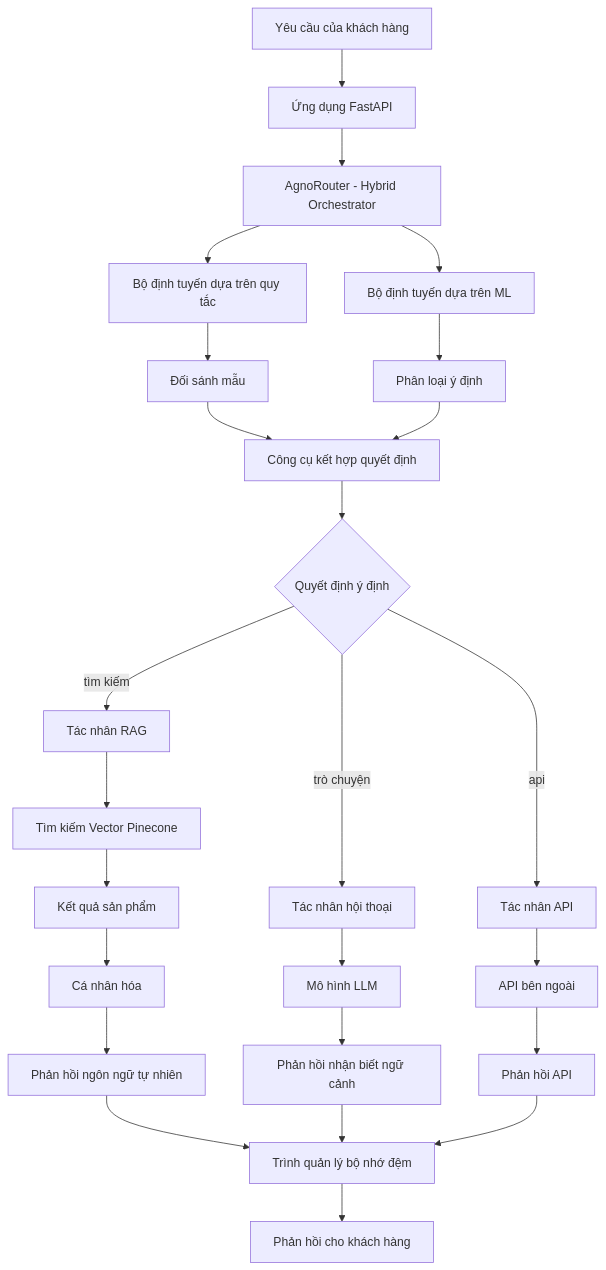
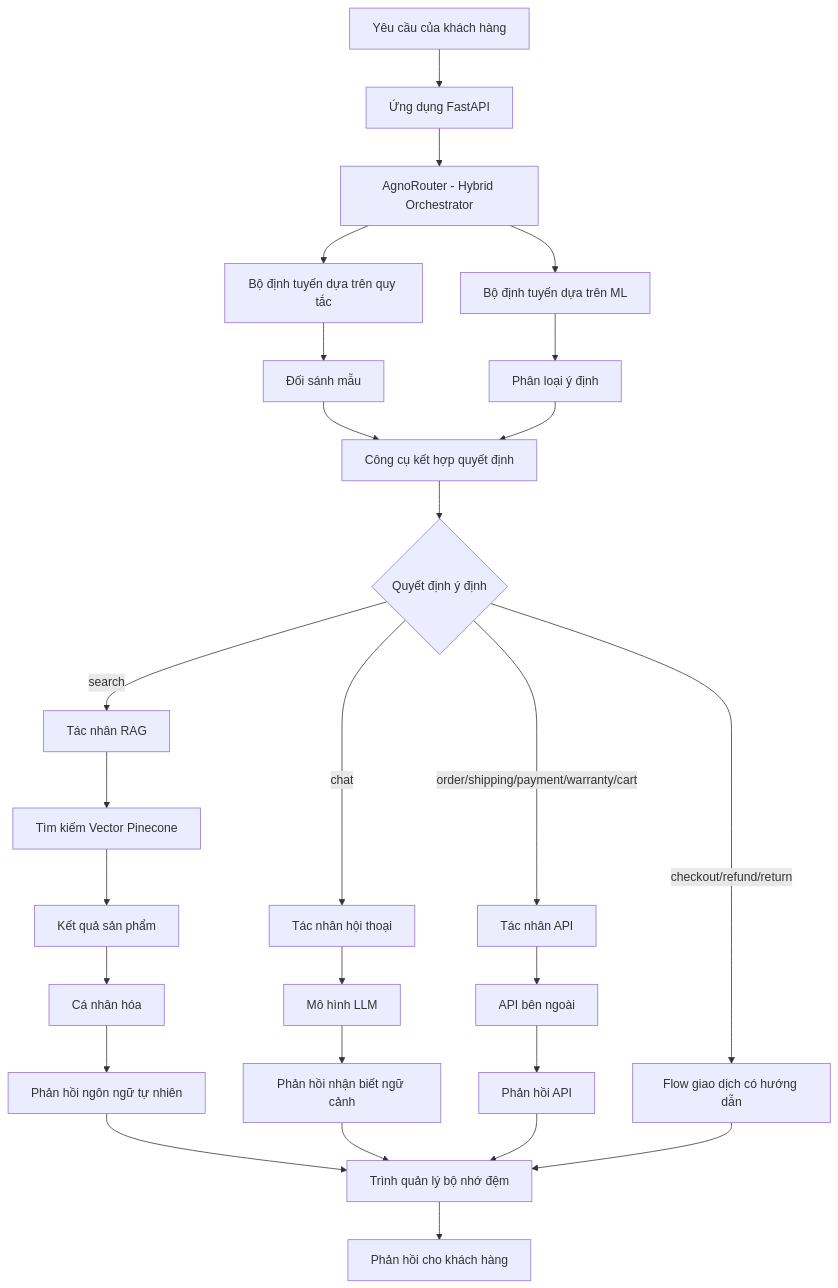
One commit to Taun0813/ChatBot changed the diagram in README.md. Above: the diagram before and after it, drawn with Mermaid. The commit also changed other lines of this file and 18 other files, not shown here.

````diff
--- a/README.md
+++ b/README.md
@@ -55,37 +55,39 @@
 ```mermaid
 graph TB
     A[Yêu cầu của khách hàng] --> B[Ứng dụng FastAPI]
     B --> C[AgnoRouter - Hybrid Orchestrator]
     
     C --> D[Bộ định tuyến dựa trên quy tắc]
     C --> E[Bộ định tuyến dựa trên ML]
     
     D --> F[Đối sánh mẫu]
     E --> G[Phân loại ý định]
     
     F --> H[Công cụ kết hợp quyết định]
     G --> H
     
     H --> I{Quyết định ý định}
     
-    I -->|tìm kiếm| J[Tác nhân RAG]
-    I -->|trò chuyện| K[Tác nhân hội thoại]
-    I -->|api| L[Tác nhân API]
+    I -->|search| J[Tác nhân RAG]
+    I -->|chat| K[Tác nhân hội thoại]
+    I -->|order/shipping/payment/warranty/cart| L[Tác nhân API]
+    I -->|checkout/refund/return| W[Flow giao dịch có hướng dẫn]
     
     J --> M[Tìm kiếm Vector Pinecone]
     M --> N[Kết quả sản phẩm]
     N --> O[Cá nhân hóa]
     O --> P[Phản hồi ngôn ngữ tự nhiên]
     
     K --> Q[Mô hình LLM]
     Q --> R[Phản hồi nhận biết ngữ cảnh]
     
     L --> S[API bên ngoài]
     S --> T[Phản hồi API]
     
     P --> U[Trình quản lý bộ nhớ đệm]
     R --> U
     T --> U
+    W --> U
     
     U --> V[Phản hồi cho khách hàng]
 ```
````
